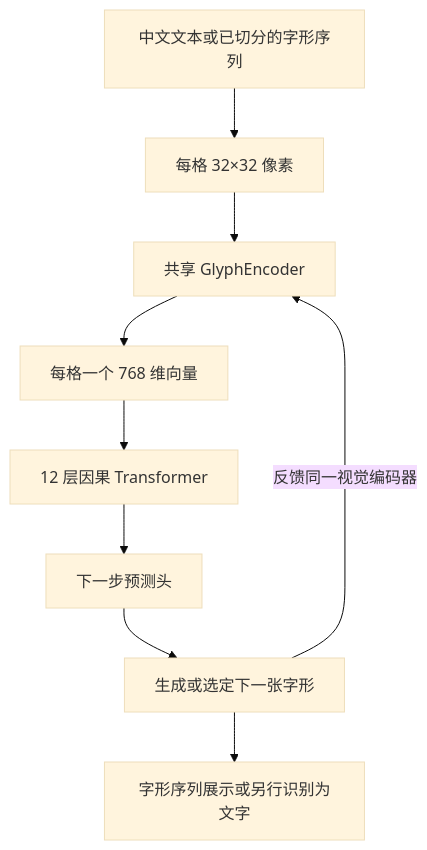
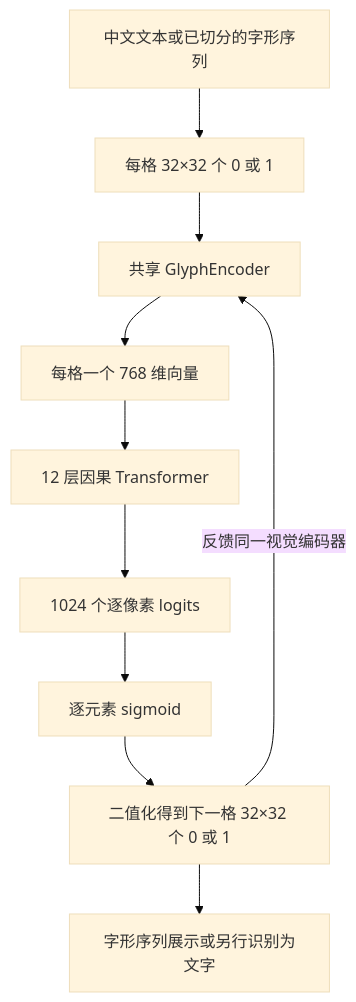
One commit to zaipax/HansGPT changed the first of 2 diagrams in HANSGPT_MODEL_AND_DATA_DESIGN.md. Above: the diagram before and after it, drawn with Mermaid (base theme). The commit also changed other lines of this file and 1 other file, not shown here.

````diff
--- a/HANSGPT_MODEL_AND_DATA_DESIGN.md
+++ b/HANSGPT_MODEL_AND_DATA_DESIGN.md
@@ -94,11 +98,12 @@
 ```mermaid
 flowchart TD
-    A[中文文本或已切分的字形序列] --> B[每格 32×32 像素]
+    A[中文文本或已切分的字形序列] --> B[每格 32×32 个 0 或 1]
     B --> C[共享 GlyphEncoder]
     C --> D[每格一个 768 维向量]
     D --> E[12 层因果 Transformer]
-    E --> F[下一步预测头]
-    F --> G[生成或选定下一张字形]
+    E --> F[1024 个逐像素 logits]
+    F --> P[逐元素 sigmoid]
+    P --> G[二值化得到下一格 32×32 个 0 或 1]
     G -->|反馈同一视觉编码器| C
     G --> H[字形序列展示或另行识别为文字]
 ```
````
